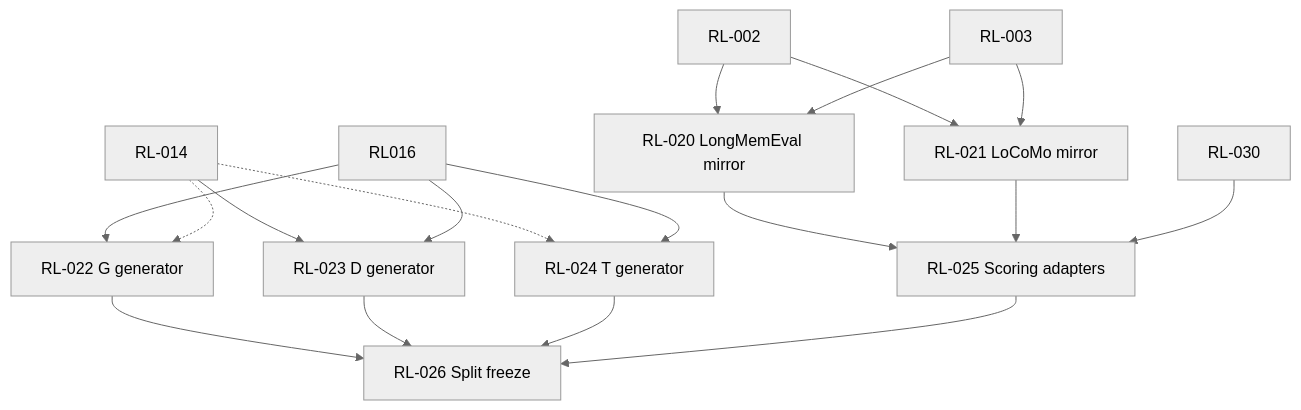
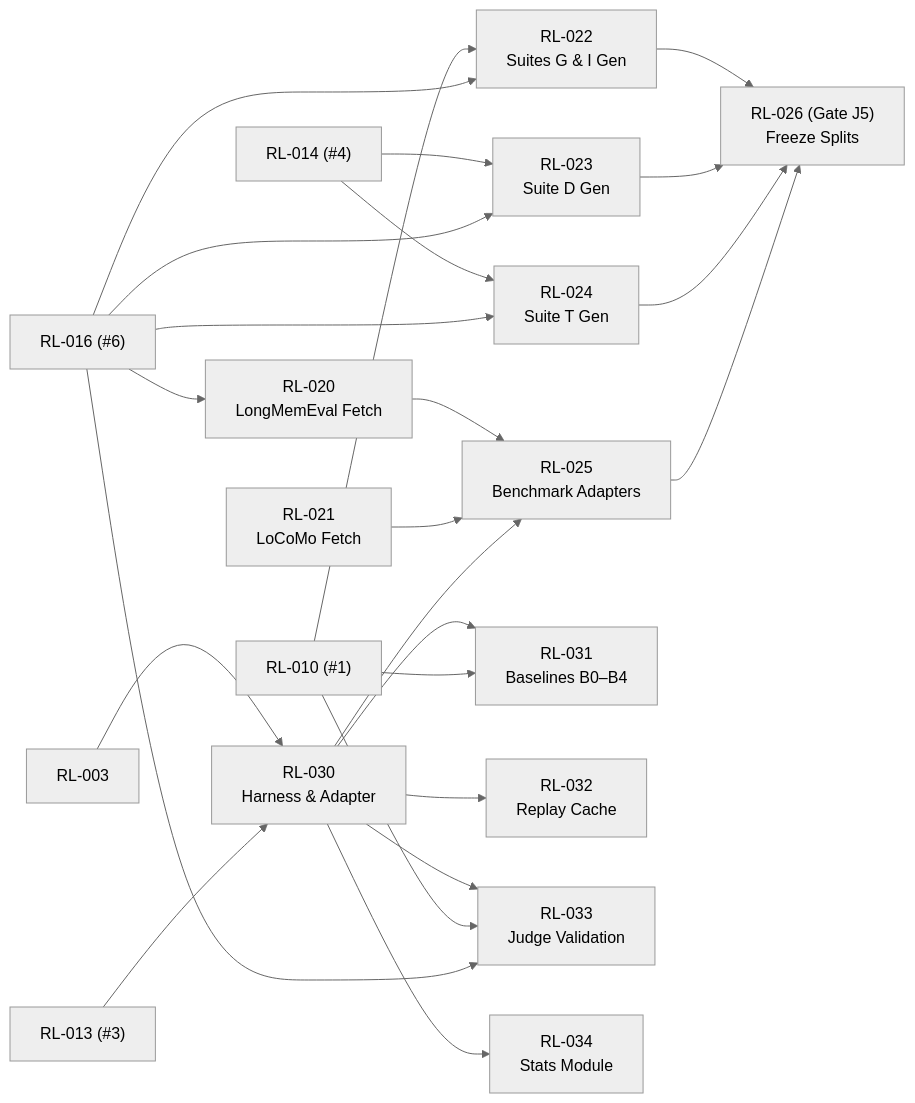
Before and after one commit to eMinders/ChronaMind: the second of 4 diagrams in research-lab/PLAN/DEPENDENCY_MAP.md, drawn with Mermaid (neutral theme). The commit also changed other lines of this file and 200 other files, not shown here.

````diff
--- a/research-lab/PLAN/DEPENDENCY_MAP.md
+++ b/research-lab/PLAN/DEPENDENCY_MAP.md
@@ -42,20 +64,49 @@
 ```mermaid
-flowchart TD
-    RL002[RL-002] --> RL020[RL-020 LongMemEval mirror]
-    RL003[RL-003] --> RL020
-    RL002 --> RL021[RL-021 LoCoMo mirror]
-    RL003 --> RL021
-    RL016 --> RL022[RL-022 G generator]
-    RL014[RL-014] -.-> RL022
-    RL014 --> RL023[RL-023 D generator]
+flowchart LR
+    RL003["RL-003"]
+    RL010["RL-010 (#1)"]
+    RL013["RL-013 (#3)"]
+    RL014["RL-014 (#4)"]
+    RL016["RL-016 (#6)"]
+
+    RL020["RL-020<br/>LongMemEval Fetch"]
+    RL021["RL-021<br/>LoCoMo Fetch"]
+    RL022["RL-022<br/>Suites G & I Gen"]
+    RL023["RL-023<br/>Suite D Gen"]
+    RL024["RL-024<br/>Suite T Gen"]
+    RL025["RL-025<br/>Benchmark Adapters"]
+    RL026["RL-026 (Gate J5)<br/>Freeze Splits"]
+
+    RL030["RL-030<br/>Harness & Adapter"]
+    RL031["RL-031<br/>Baselines B0–B4"]
+    RL032["RL-032<br/>Replay Cache"]
+    RL033["RL-033<br/>Judge Validation"]
+    RL034["RL-034<br/>Stats Module"]
+
+    RL003 --> RL030
+    RL013 --> RL030
+    RL030 --> RL031
+    RL010 --> RL031
+    RL030 --> RL032
+    RL030 --> RL033
+    RL010 --> RL033
+    RL016 --> RL033
+    RL030 --> RL034
+
+    RL016 --> RL020
+    RL010 --> RL022
+    RL016 --> RL022
+    RL014 --> RL023
     RL016 --> RL023
-    RL014 -.-> RL024[RL-024 T generator]
+    RL014 --> RL024
     RL016 --> RL024
-    RL020 --> RL025[RL-025 Scoring adapters]
+
+    RL020 --> RL025
     RL021 --> RL025
-    RL030[RL-030] --> RL025
-    RL022 --> RL026[RL-026 Split freeze]
+    RL030 --> RL025
+
+    RL022 --> RL026
     RL023 --> RL026
     RL024 --> RL026
     RL025 --> RL026
 ```
````
